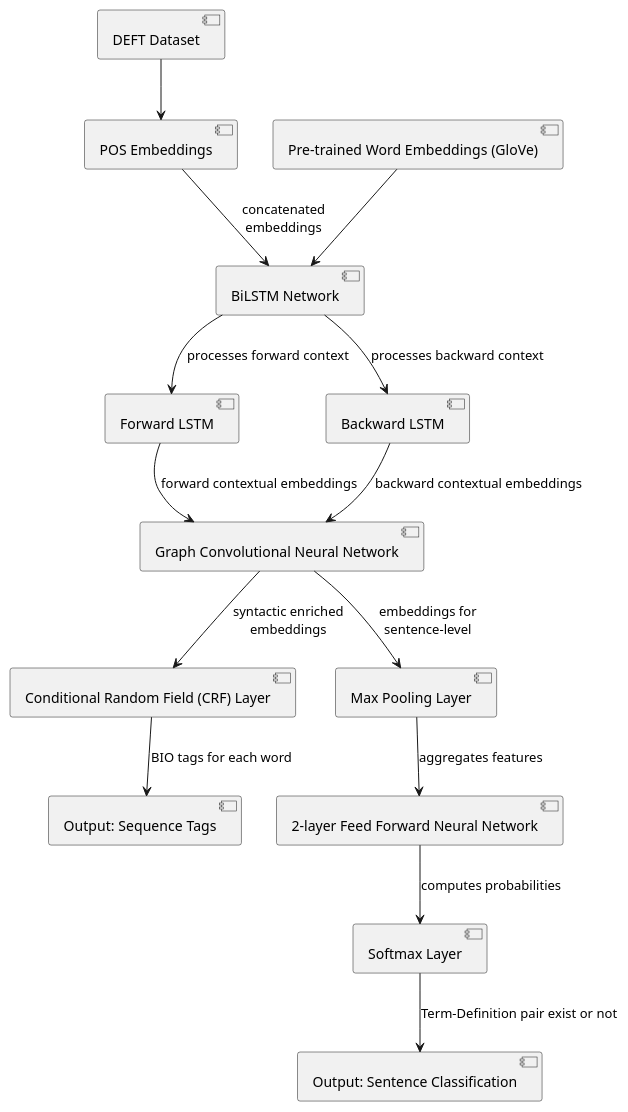
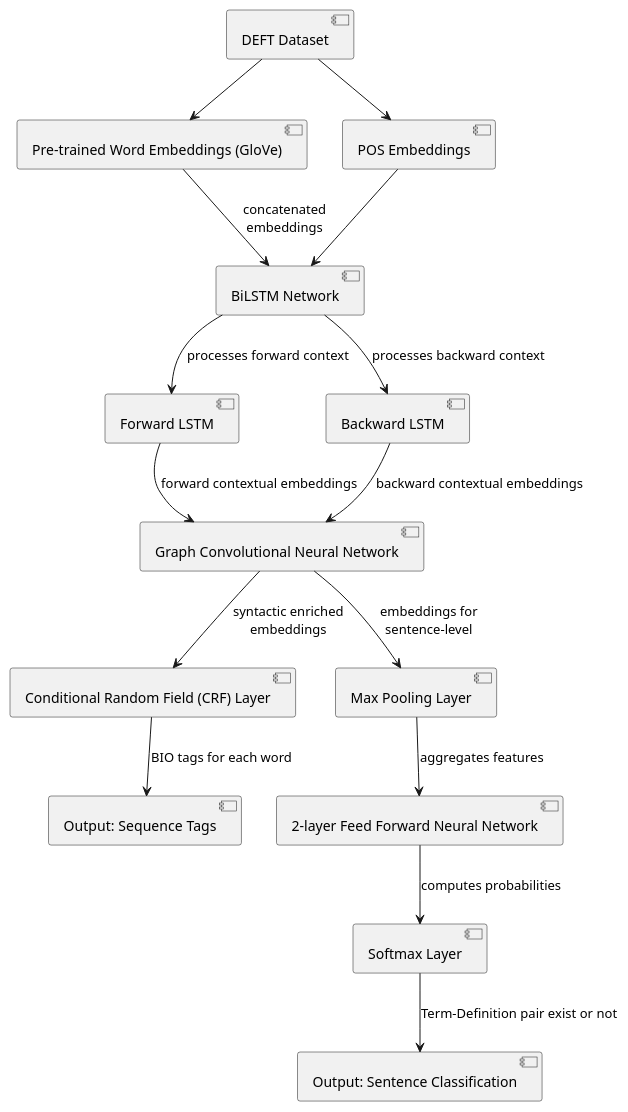
One commit to panoslin/definition_extraction changed the diagram in system_design.plantuml. Above: the diagram before and after it, drawn with PlantUML. The commit also changed 22 other files, not shown here.

```diff
--- a/system_design.plantuml
+++ b/system_design.plantuml
@@ -1,38 +1,39 @@
 @startuml
 skinparam componentStyle uml2
 
 ' Define components
 component [DEFT Dataset] as Input
 component [Pre-trained Word Embeddings (GloVe)] as WordEmb
 component [POS Embeddings] as POSEmb
 component [BiLSTM Network] as BiLSTM
 component [Forward LSTM] as FLSTM
 component [Backward LSTM] as BLSTM
 component [Graph Convolutional Neural Network] as GCN
 component [Conditional Random Field (CRF) Layer] as CRF
 component [Max Pooling Layer] as MaxPooling
 component [2-layer Feed Forward Neural Network] as FFNN
 component [Softmax Layer] as Softmax
 component [Output: Sequence Tags] as SeqOutput
 component [Output: Sentence Classification] as ClassOutput
 
 ' Connect components
 Input --> POSEmb
-WordEmb --> BiLSTM
-POSEmb --> BiLSTM : "concatenated\nembeddings"
+Input --> WordEmb
+WordEmb --> BiLSTM : "concatenated\nembeddings"
+POSEmb --> BiLSTM
 BiLSTM --> FLSTM : "processes forward context"
 BiLSTM --> BLSTM : "processes backward context"
 FLSTM --> GCN : "forward contextual embeddings"
 BLSTM --> GCN : "backward contextual embeddings"
 GCN --> CRF : "syntactic enriched\nembeddings"
 GCN --> MaxPooling : "embeddings for\nsentence-level"
 MaxPooling --> FFNN : "aggregates features"
 FFNN --> Softmax : "computes probabilities"
 Softmax --> ClassOutput : "Term-Definition pair exist or not"
 CRF --> SeqOutput : "BIO tags for each word"
 
 ' Add some notes
 'note right of FFNN : Consists of two layers\nand processes pooled\nfeatures for classification
 'note right of Softmax : Normalizes output to\na probability distribution\nover classes
 
 @enduml
```
